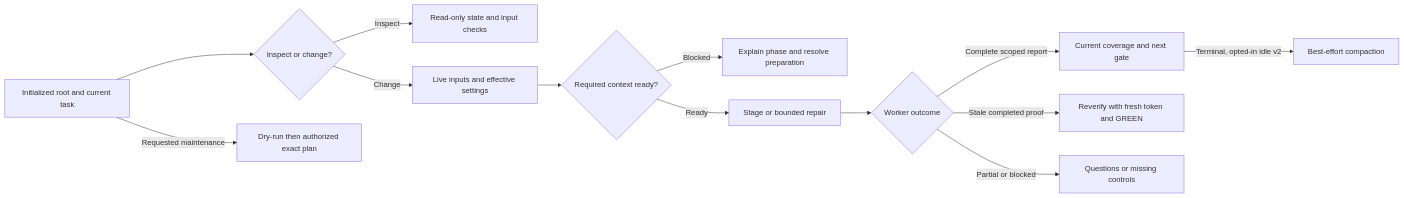
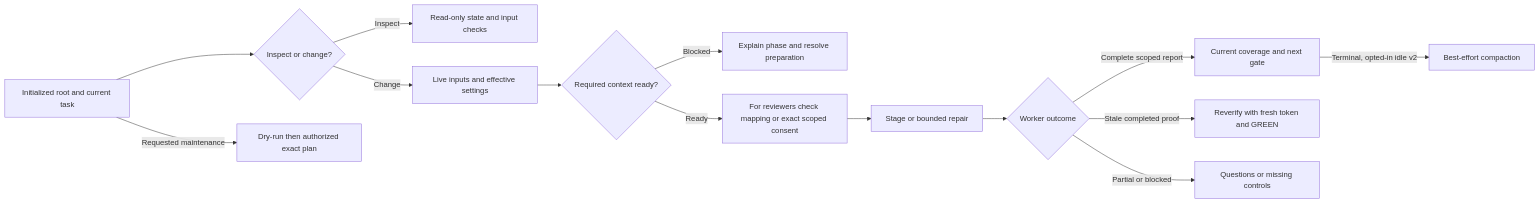
One commit to wgentil/devflow changed the diagram in skills/workflow/SKILL.md. Above: the diagram before and after it, drawn with Mermaid. The commit also changed other lines of this file and 14 other files, not shown here.

````diff
--- a/skills/workflow/SKILL.md
+++ b/skills/workflow/SKILL.md
@@ -16,15 +16,16 @@
 ```mermaid
 flowchart LR
     Scope[Initialized root and current task] --> Mode{Inspect or change?}
     Mode -->|Inspect| Inspect[Read-only state and input checks]
     Mode -->|Change| Checks[Live inputs and effective settings]
     Checks --> Prep{Required context ready?}
     Prep -->|Blocked| Context[Explain phase and resolve preparation]
-    Prep -->|Ready| Work[Stage or bounded repair]
+    Prep -->|Ready| ReviewRoute[For reviewers check mapping or exact scoped consent]
+    ReviewRoute --> Work[Stage or bounded repair]
     Work --> Result{Worker outcome}
     Result -->|Complete scoped report| Evidence[Current coverage and next gate]
     Result -->|Stale completed proof| Reverify[Reverify with fresh token and GREEN]
     Result -->|Partial or blocked| Recover[Questions or missing controls]
     Evidence -->|Terminal, opted-in idle v2| Compact[Best-effort compaction]
     Scope -->|Requested maintenance| Plan[Dry-run then authorized exact plan]
 ```
````
